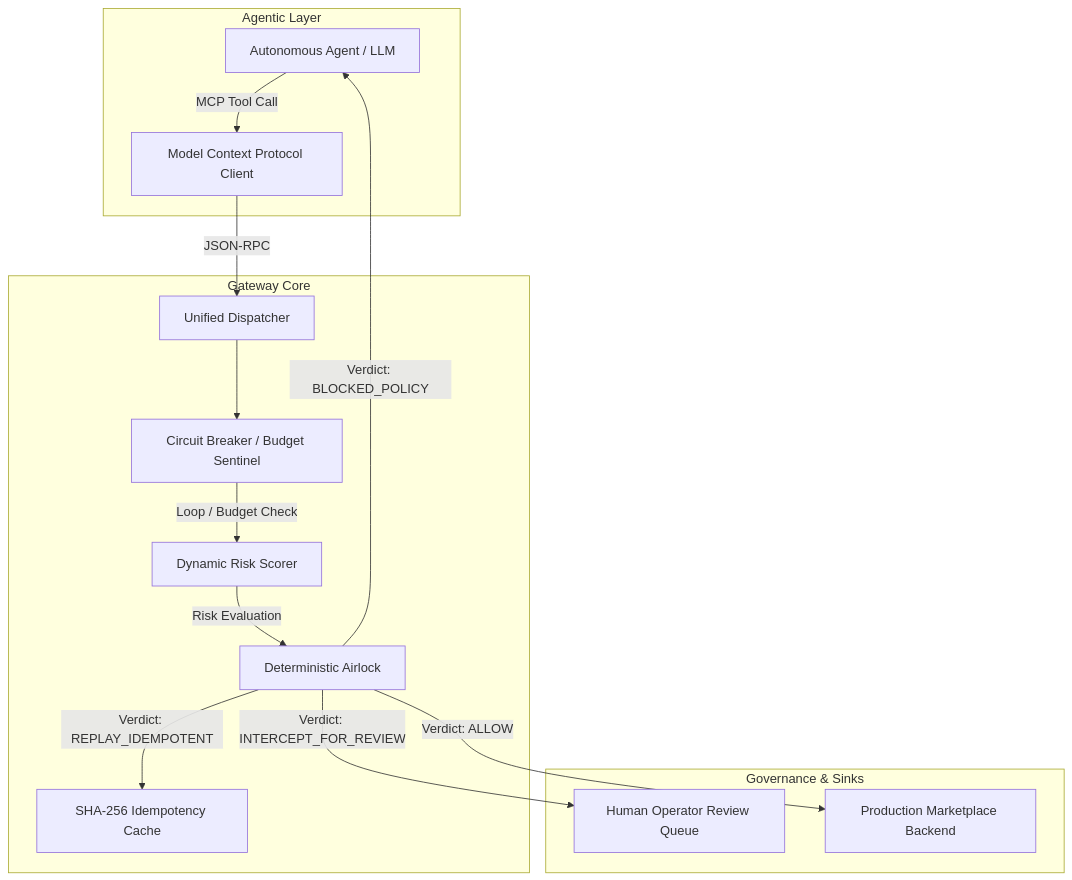
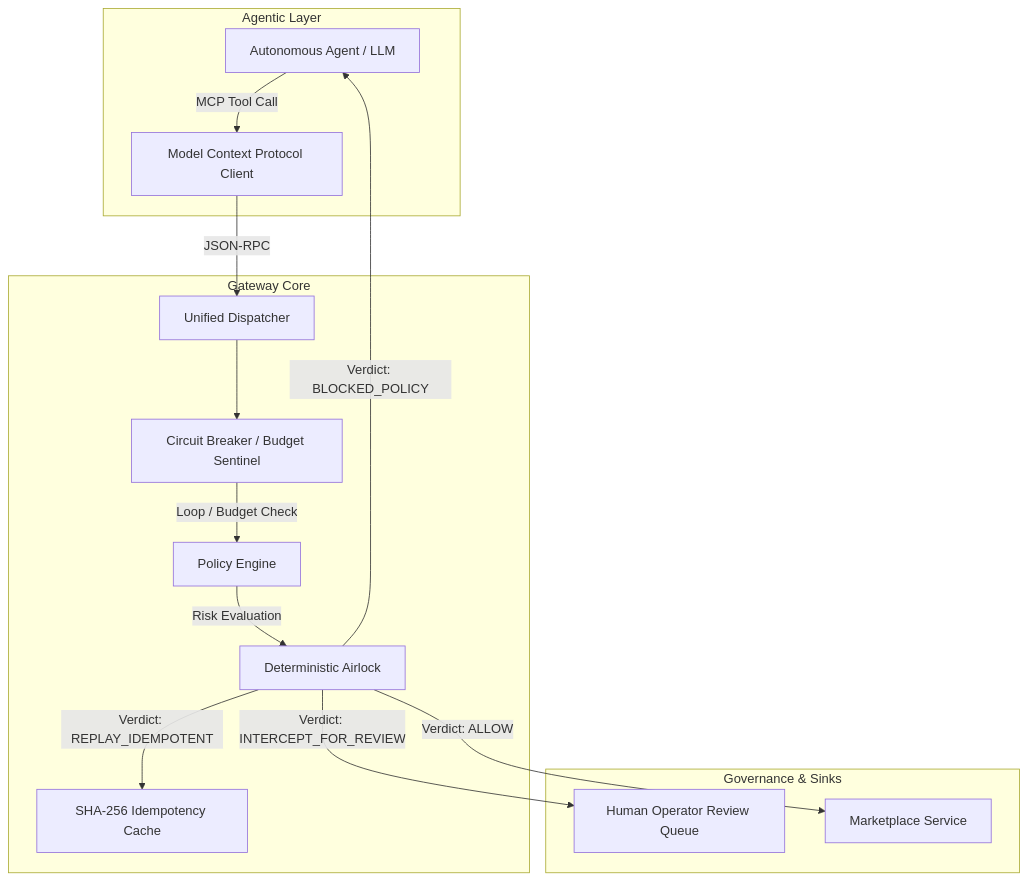
Before and after one commit to elura172/agentic-marketplace-gateway: the diagram in README.md, drawn with Mermaid. The commit also changed other lines of this file and 9 other files, not shown here.

````diff
--- a/README.md
+++ b/README.md
@@ -28,31 +29,31 @@
 ```mermaid
 flowchart TD
     subgraph Agentic Layer
         LLM[Autonomous Agent / LLM]
         MCP[Model Context Protocol Client]
     end
 
     subgraph Gateway Core
         EP[Unified Dispatcher]
         CB[Circuit Breaker / Budget Sentinel]
-        PE[Dynamic Risk Scorer]
+        PE[Policy Engine]
         AL[Deterministic Airlock]
         IDEM[SHA-256 Idempotency Cache]
     end
 
     subgraph Governance & Sinks
         OPS[Human Operator Review Queue]
-        PROD[Production Marketplace Backend]
+        PROD[Marketplace Service]
     end
 
     LLM -->|MCP Tool Call| MCP
     MCP -->|JSON-RPC| EP
     EP --> CB
     CB -->|Loop / Budget Check| PE
     PE -->|Risk Evaluation| AL
 
     AL -->|Verdict: ALLOW| PROD
     AL -->|Verdict: REPLAY_IDEMPOTENT| IDEM
     AL -->|Verdict: INTERCEPT_FOR_REVIEW| OPS
     AL -->|Verdict: BLOCKED_POLICY| LLM
 ```
````
